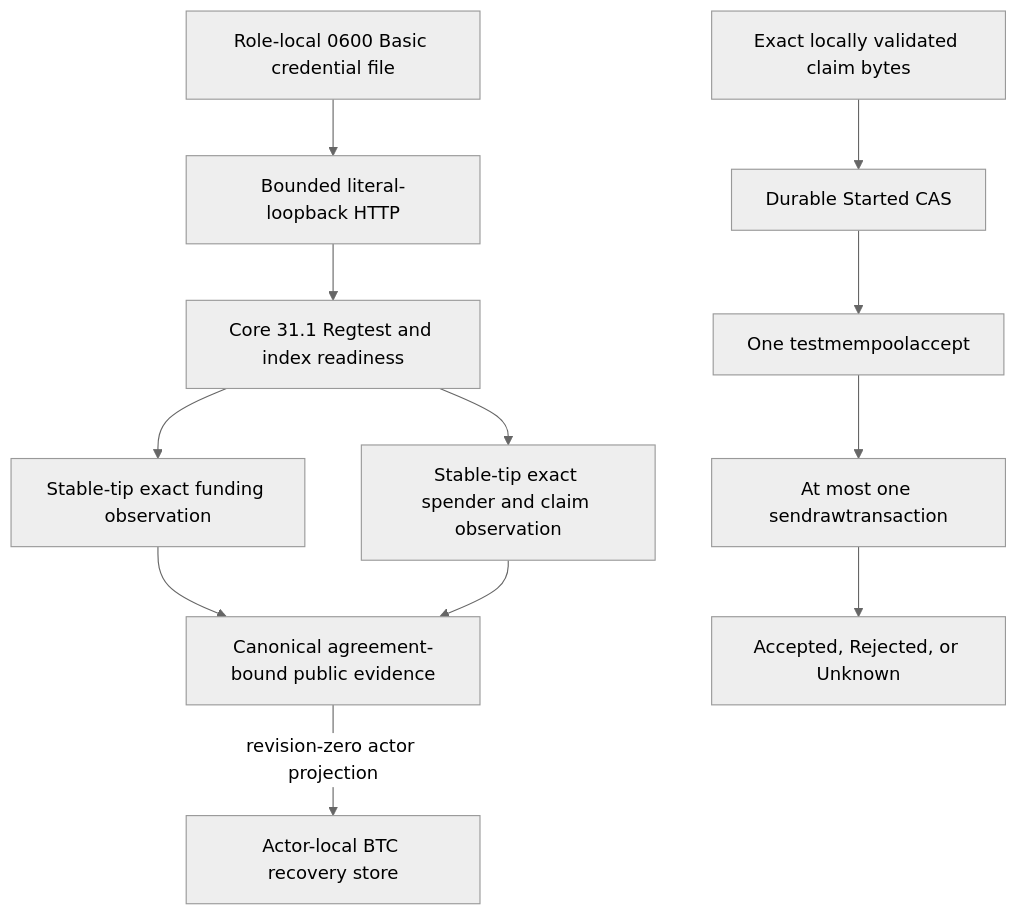
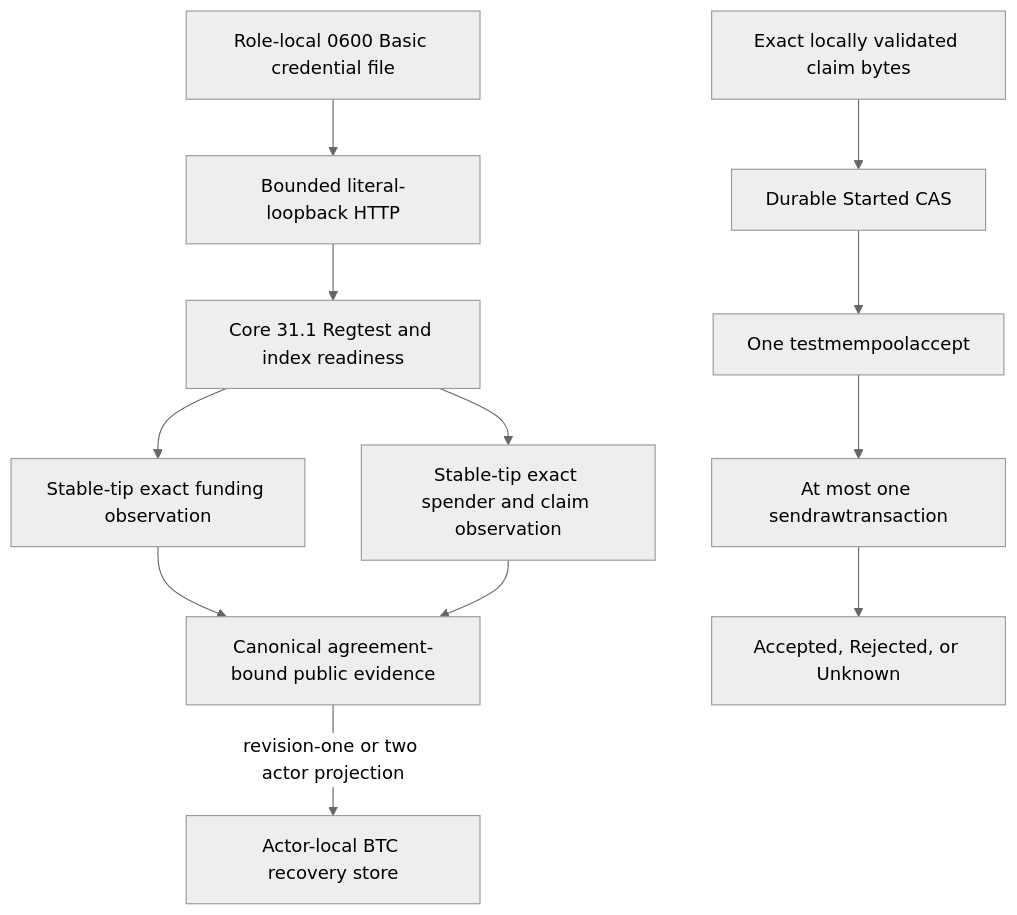
Before and after one commit to gateway-fm/lez-atomic-swaps: the third of 6 diagrams in docs/architecture/0029-m3-bitcoin-local-poc-entry.md, drawn with Mermaid (neutral theme). The commit also changed other lines of this file and 10 other files, not shown here.

````diff
--- a/docs/architecture/0029-m3-bitcoin-local-poc-entry.md
+++ b/docs/architecture/0029-m3-bitcoin-local-poc-entry.md
@@ -194,14 +194,14 @@
 ```mermaid
 flowchart TD
     Basic["Role-local 0600 Basic credential file"] --> Http["Bounded literal-loopback HTTP"]
     Http --> Ready["Core 31.1 Regtest and index readiness"]
     Ready --> Funding["Stable-tip exact funding observation"]
     Ready --> Claim["Stable-tip exact spender and claim observation"]
     Funding --> Codec["Canonical agreement-bound public evidence"]
     Claim --> Codec
-    Codec -->|"revision-zero actor projection"| RecoveryStore["Actor-local BTC recovery store"]
+    Codec -->|"revision-one or two actor projection"| RecoveryStore["Actor-local BTC recovery store"]
     Signed["Exact locally validated claim bytes"] --> Started["Durable Started CAS"]
     Started --> Policy["One testmempoolaccept"]
     Policy --> Broadcast["At most one sendrawtransaction"]
     Broadcast --> Outcome["Accepted, Rejected, or Unknown"]
 ```
````
